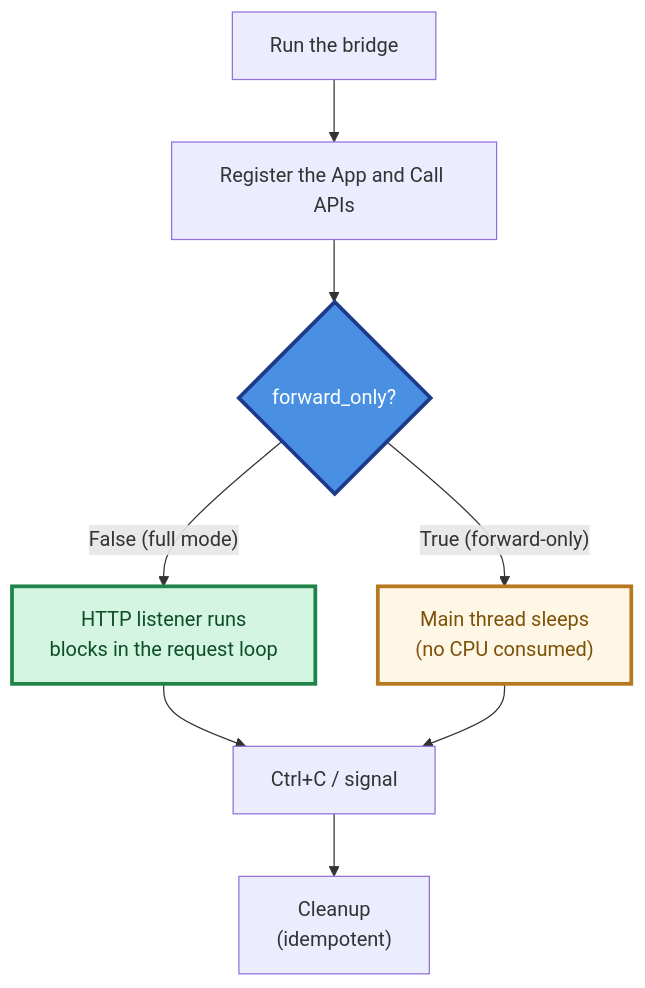
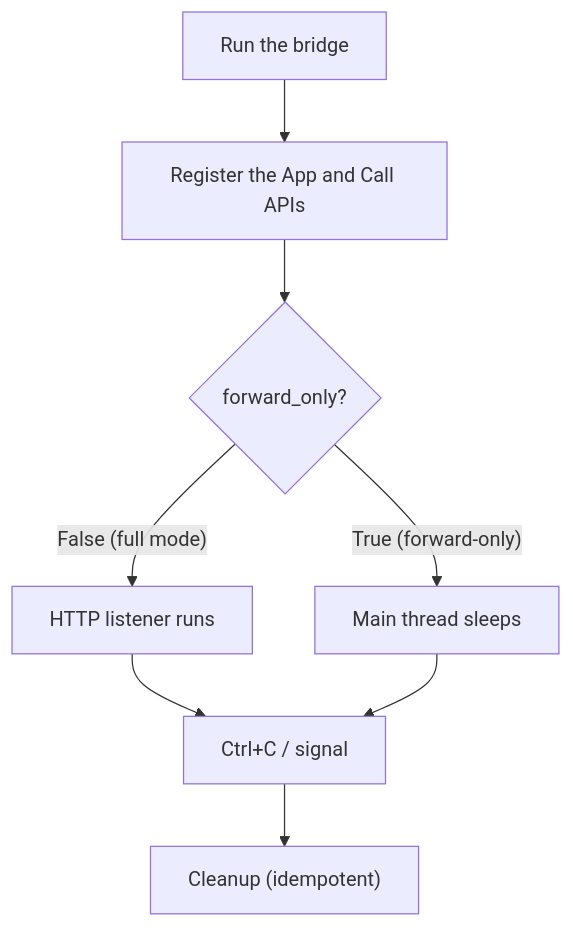
Before and after one commit to PassByYou888/LingoFuse: diagram 13 of 24 in Py/lingofuse/Bridge_User_Guide.md, drawn with Mermaid. The commit also changed other lines of this file and 78 other files, not shown here.

````diff
--- a/Py/lingofuse/Bridge_User_Guide.md
+++ b/Py/lingofuse/Bridge_User_Guide.md
@@ -792,14 +745,10 @@
 ```mermaid
 flowchart TD
     Start["Run the bridge"] --> Setup["Register the App and Call APIs"]
     Setup --> Fork{"forward_only?"}
-    Fork -- "False (full mode)" --> Flask["HTTP listener runs<br/>blocks in the request loop"]
-    Fork -- "True (forward-only)" --> Sleep["Main thread sleeps<br/>(no CPU consumed)"]
+    Fork -- "False (full mode)" --> Flask["HTTP listener runs"]
+    Fork -- "True (forward-only)" --> Sleep["Main thread sleeps"]
     Flask --> Interrupt["Ctrl+C / signal"]
     Sleep --> Interrupt
-    Interrupt --> Cleanup["Cleanup<br/>(idempotent)"]
-
-    style Fork fill:#4A90E2,stroke:#1E3A8A,stroke-width:3px,color:#FFFFFF
-    style Flask fill:#D5F5E3,stroke:#1E8449,stroke-width:3px,color:#0E4D2A
-    style Sleep fill:#FFF7E6,stroke:#B7791F,stroke-width:3px,color:#7E5109
+    Interrupt --> Cleanup["Cleanup (idempotent)"]
 ```
````
